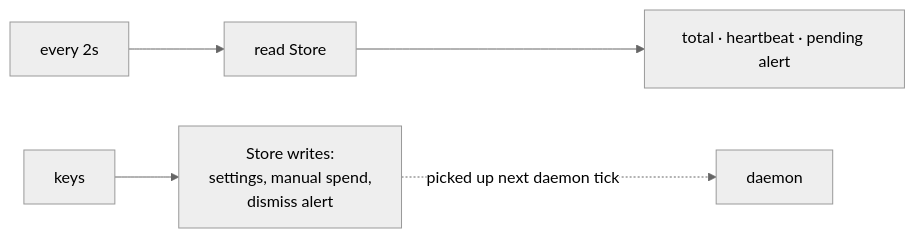
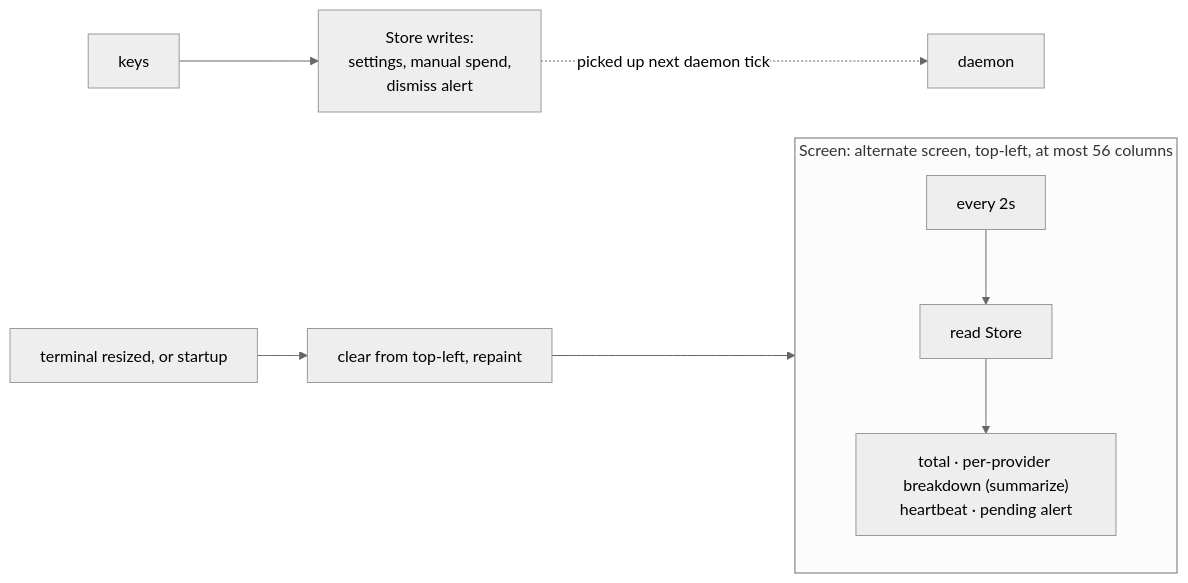
One commit to KevinRebakure/BeAware changed the third of 6 diagrams in docs/developer/flows.md. Above: the diagram before and after it, drawn with Mermaid (neutral theme). The commit also changed other lines of this file and 8 other files, not shown here.

Commit message:
update architecture and documentation for data retention and screen handling

````diff
--- a/docs/developer/flows.md
+++ b/docs/developer/flows.md
@@ -40,7 +47,11 @@
 ```mermaid
 flowchart LR
-  T["every 2s"] --> R["read Store"]
-  R --> UI["total · heartbeat · pending alert"]
+  subgraph screen["Screen: alternate screen, top-left, at most 56 columns"]
+    T["every 2s"] --> R["read Store"]
+    R --> UI["total · per-provider breakdown (summarize)<br/>heartbeat · pending alert"]
+  end
   K["keys"] --> W["Store writes:<br/>settings, manual spend,<br/>dismiss alert"]
   W -. "picked up next daemon tick" .-> D["daemon"]
+  Z["terminal resized, or startup"] --> C["clear from top-left, repaint"]
+  C --> screen
 ```
````
